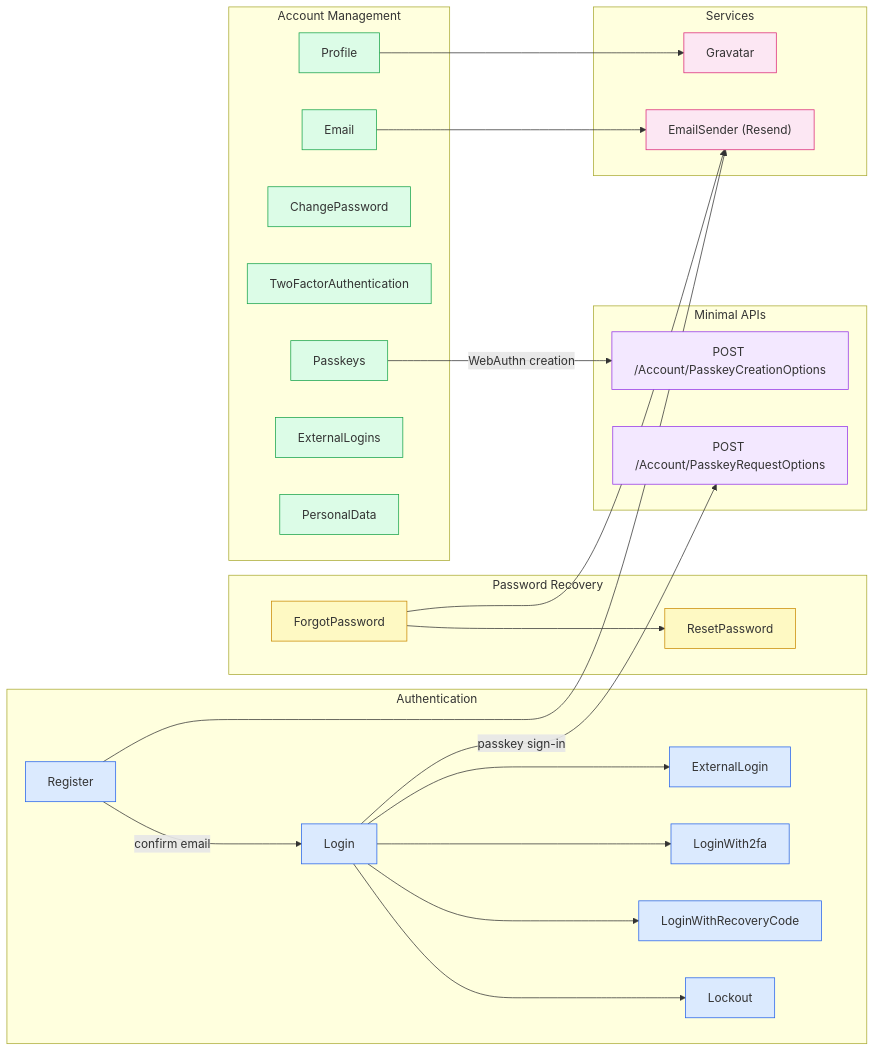
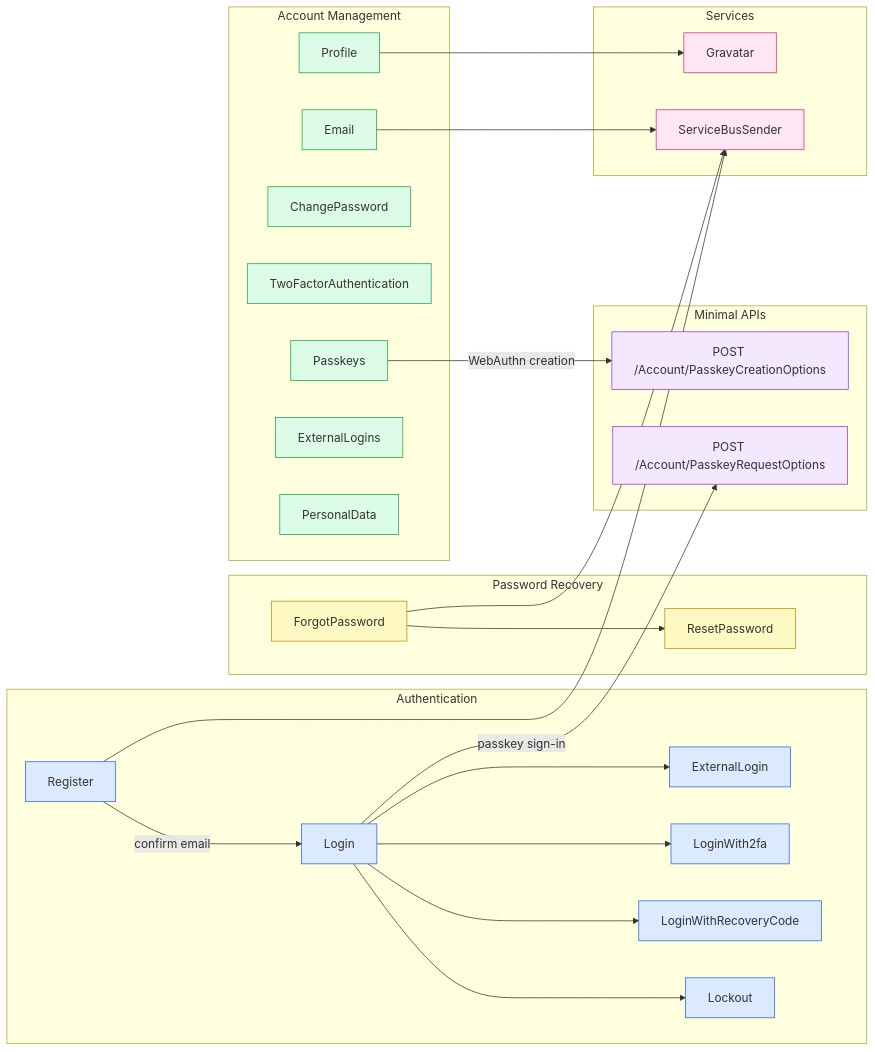
The first of 16 diagrams in TESTING.md (crgolden/Identity), drawn with Mermaid before and after one commit. The commit also changed other lines of this file and 97 other files, not shown here.

Commit message:
Adding Service Bus Sender and removing Resend - Fixes #4

````diff
--- a/TESTING.md
+++ b/TESTING.md
@@ -86,56 +86,56 @@
 ```mermaid
 flowchart LR
     classDef auth fill:#dbeafe,stroke:#2563eb
     classDef manage fill:#dcfce7,stroke:#16a34a
     classDef recovery fill:#fef9c3,stroke:#ca8a04
     classDef api fill:#f3e8ff,stroke:#9333ea
     classDef service fill:#fce7f3,stroke:#db2777
     classDef root fill:#f1f5f9,stroke:#64748b
 
     subgraph AuthFlows["Authentication"]
         Register:::auth
         Login:::auth
         ExternalLogin:::auth
         LoginWith2fa:::auth
         LoginWithRecoveryCode:::auth
         Lockout:::auth
     end
 
     subgraph RecoveryFlows["Password Recovery"]
         ForgotPassword:::recovery
         ResetPassword:::recovery
     end
 
     subgraph ManageFlows["Account Management"]
         Profile:::manage
         Email:::manage
         ChangePassword:::manage
         TwoFA["TwoFactorAuthentication"]:::manage
         Passkeys:::manage
         ExtLogins["ExternalLogins"]:::manage
         PersonalData:::manage
     end
 
     subgraph APIs["Minimal APIs"]
         PasskeyCreationOpts["POST /Account/PasskeyCreationOptions"]:::api
         PasskeyRequestOpts["POST /Account/PasskeyRequestOptions"]:::api
     end
 
     subgraph Svc["Services"]
         Gravatar:::service
-        EmailSvc["EmailSender (Resend)"]:::service
+        EmailSvc["ServiceBusSender"]:::service
     end
 
     Register -->|"confirm email"| Login
     Login --> LoginWith2fa
     Login --> LoginWithRecoveryCode
     Login --> Lockout
     Login --> ExternalLogin
     Login -->|"passkey sign-in"| PasskeyRequestOpts
     ForgotPassword --> ResetPassword
     Profile --> Gravatar
     Register --> EmailSvc
     ForgotPassword --> EmailSvc
     Email --> EmailSvc
     Passkeys -->|"WebAuthn creation"| PasskeyCreationOpts
 ```
````
